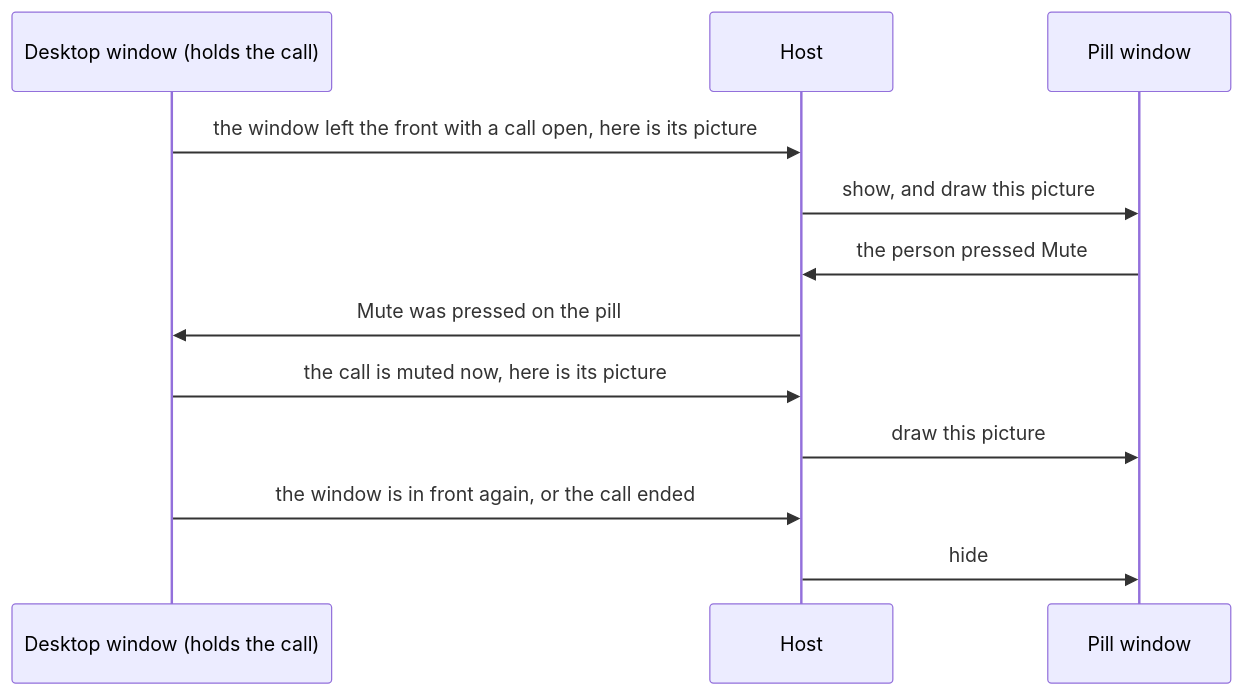
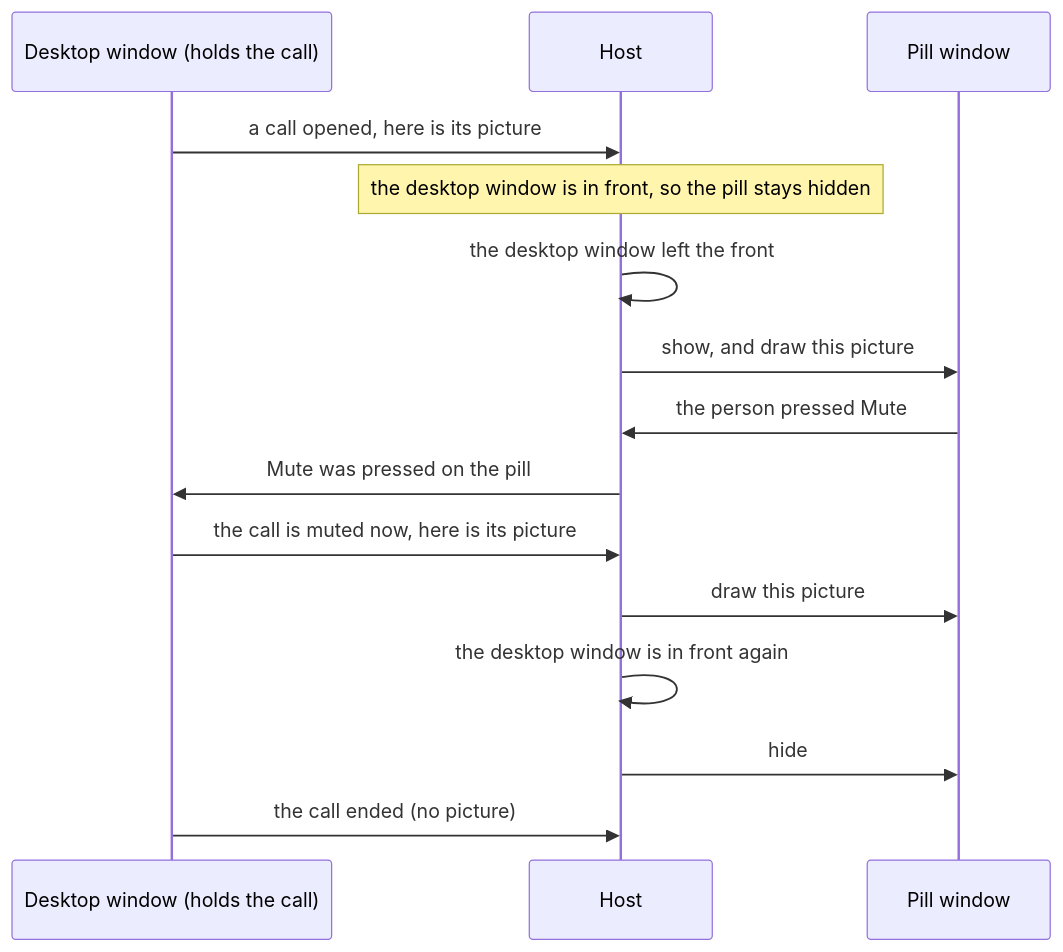
One commit to nessalabs/nessa-agent changed the second of 2 diagrams in docs/design/voice-chat.md. Above: the diagram before and after it, drawn with Mermaid. The commit also changed other lines of this file and 19 other files, not shown here.

First line of the commit message:
The host decides when the call pill shows

````diff
--- a/docs/design/voice-chat.md
+++ b/docs/design/voice-chat.md
@@ -125,14 +125,17 @@
 ```mermaid
 sequenceDiagram
     participant D as Desktop window (holds the call)
     participant H as Host
     participant P as Pill window
-    D->>H: the window left the front with a call open, here is its picture
+    D->>H: a call opened, here is its picture
+    Note over H: the desktop window is in front, so the pill stays hidden
+    H->>H: the desktop window left the front
     H->>P: show, and draw this picture
     P->>H: the person pressed Mute
     H->>D: Mute was pressed on the pill
     D->>H: the call is muted now, here is its picture
     H->>P: draw this picture
-    D->>H: the window is in front again, or the call ended
+    H->>H: the desktop window is in front again
     H->>P: hide
+    D->>H: the call ended (no picture)
 ```
````
